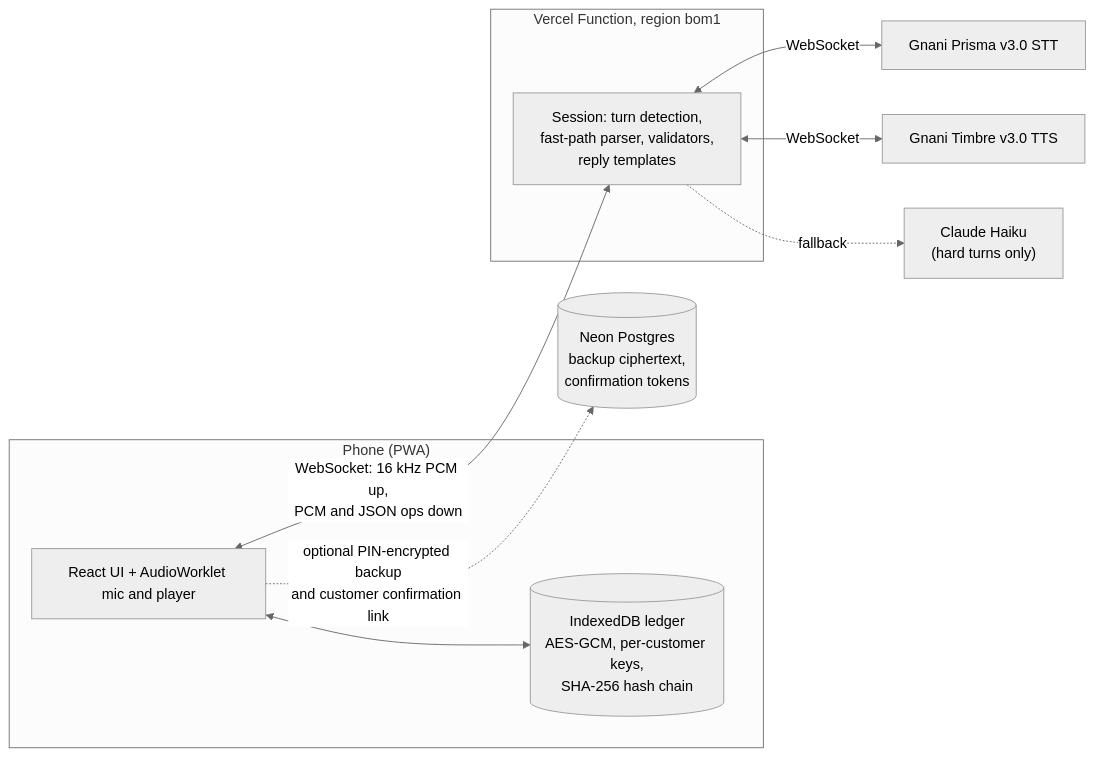
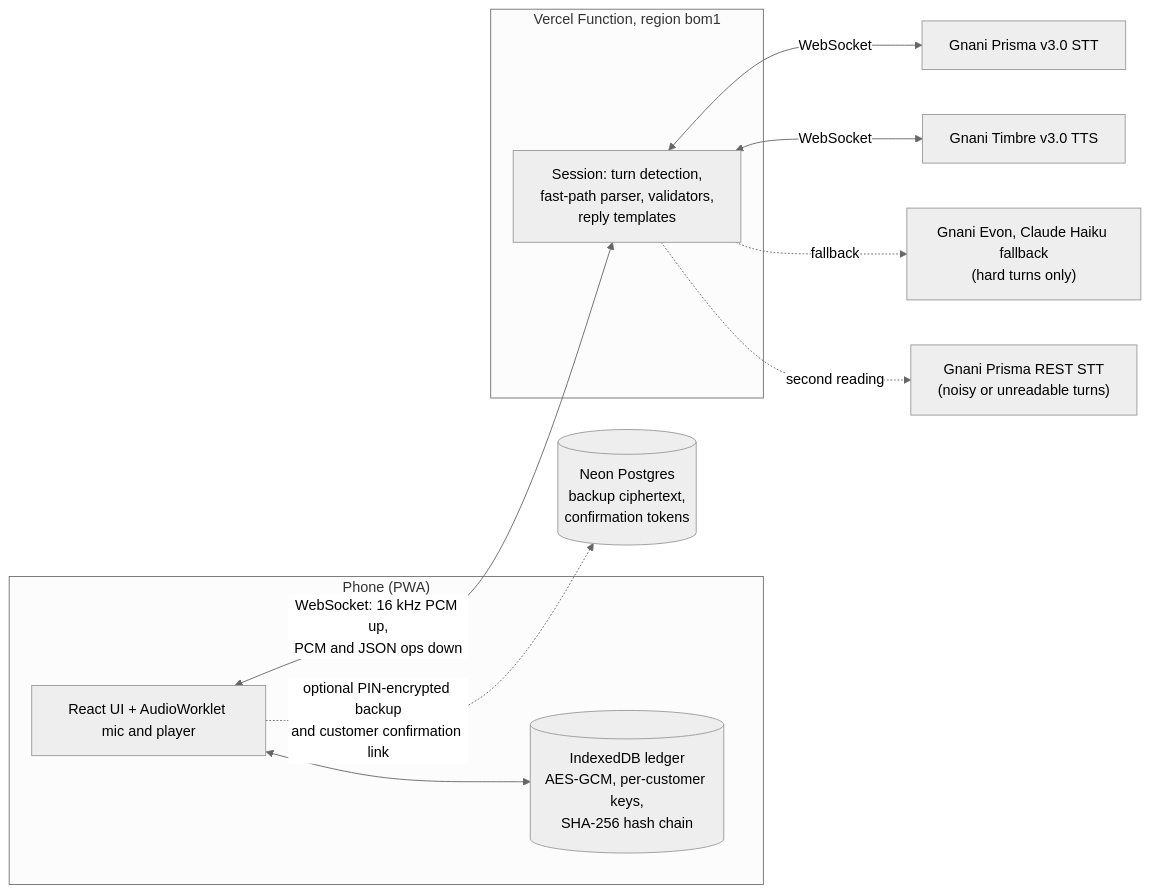
The first of 2 diagrams in README.md (sulaiman-shariff/voice-khata), drawn with Mermaid (neutral theme) before and after one commit. The commit also changed other lines of this file and 31 other files, not shown here.

````diff
--- a/README.md
+++ b/README.md
@@ -28,20 +28,22 @@
 ```mermaid
 flowchart LR
   subgraph Phone["Phone (PWA)"]
     UI["React UI + AudioWorklet mic and player"]
     DB[("IndexedDB ledger<br/>AES-GCM, per-customer keys,<br/>SHA-256 hash chain")]
     UI <--> DB
   end
   subgraph Vercel["Vercel Function, region bom1"]
     S["Session: turn detection,<br/>fast-path parser, validators,<br/>reply templates"]
   end
   STT["Gnani Prisma v3.0 STT"]
   TTS["Gnani Timbre v3.0 TTS"]
-  LLM["Claude Haiku<br/>(hard turns only)"]
+  REST["Gnani Prisma REST STT<br/>(noisy or unreadable turns)"]
+  LLM["Gnani Evon, Claude Haiku fallback<br/>(hard turns only)"]
   NEON[("Neon Postgres<br/>backup ciphertext,<br/>confirmation tokens")]
   UI <-- "WebSocket: 16 kHz PCM up,<br/>PCM and JSON ops down" --> S
   S <-- WebSocket --> STT
   S <-- WebSocket --> TTS
   S -. fallback .-> LLM
+  S -. second reading .-> REST
   UI -. "optional PIN-encrypted backup<br/>and customer confirmation link" .-> NEON
 ```
````
